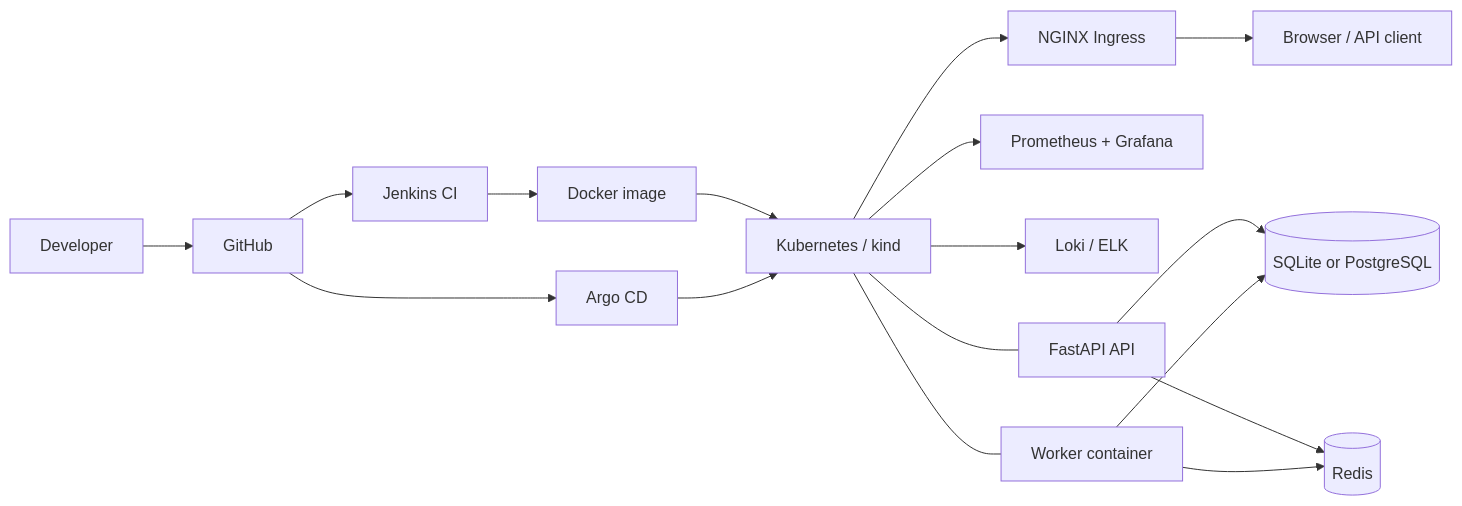
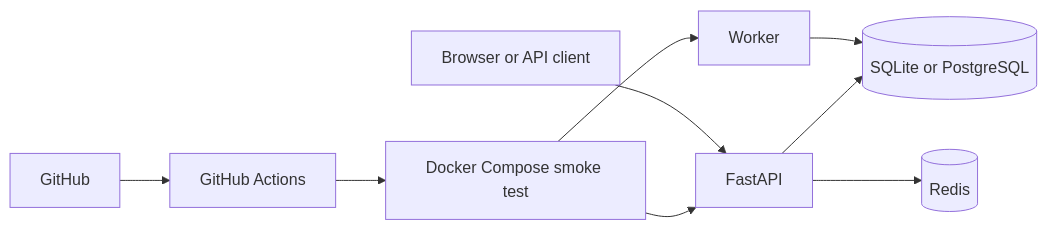
Before and after one commit to pyrosensei/Capstone_Devops: the diagram in README.md, drawn with Mermaid. The commit also changed other lines of this file and 15 other files, not shown here.

````diff
--- a/README.md
+++ b/README.md
@@ -28,19 +28,11 @@
 ```mermaid
 flowchart LR
-  Dev[Developer] --> Git[GitHub]
-  Git --> Jenkins[Jenkins CI]
-  Jenkins --> Image[Docker image]
-  Image --> K8s[Kubernetes / kind]
-  K8s --> Ingress[NGINX Ingress]
-  Ingress --> User[Browser / API client]
-  K8s --> Prom[Prometheus + Grafana]
-  K8s --> Logs[Loki / ELK]
-  Git --> Argo[Argo CD]
-  Argo --> K8s
-  API[FastAPI API] --> DB[(SQLite or PostgreSQL)]
-  Worker[Worker container] --> DB
+  Git[GitHub] --> CI[GitHub Actions]
+  CI --> Compose[Docker Compose smoke test]
+  Compose --> API[FastAPI]
+  Compose --> Worker[Worker]
+  User[Browser or API client] --> API
+  API --> DB[(SQLite or PostgreSQL)]
+  Worker --> DB
   API --> Redis[(Redis)]
-  Worker --> Redis
-  K8s --- API
-  K8s --- Worker
 ```
````
